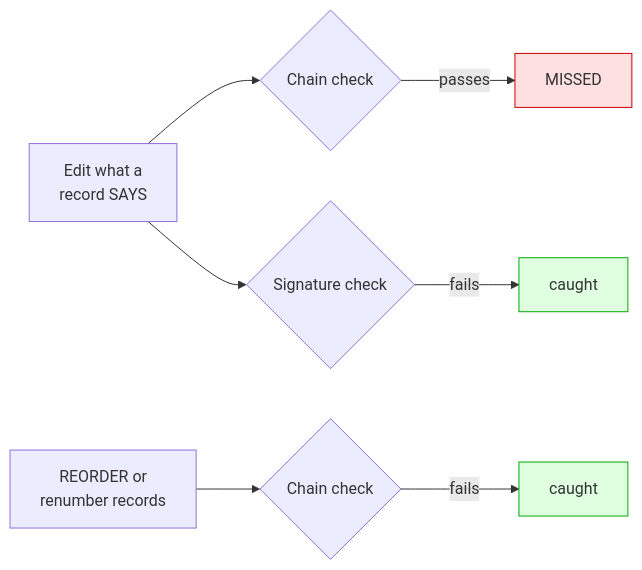
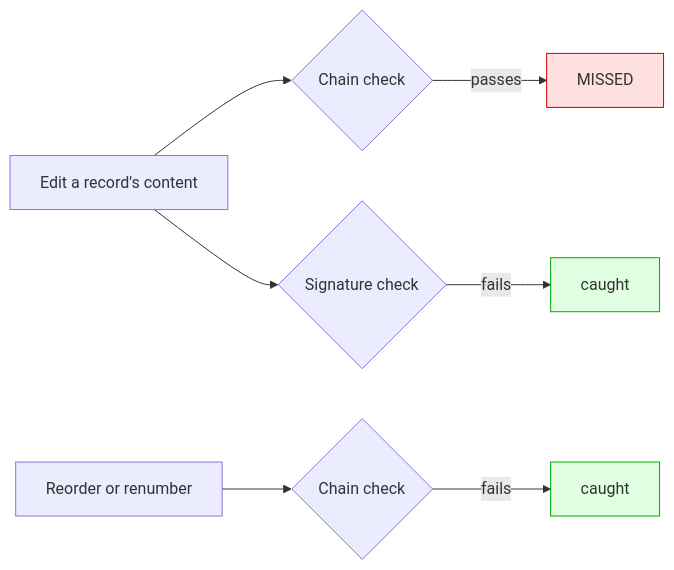
Before and after one commit to mondweep/vibe-cast: the second of 9 diagrams in README.md, drawn with Mermaid. The commit also changed other lines of this file, not shown here.

````diff
--- a/README.md
+++ b/README.md
@@ -188,12 +201,12 @@
 ```mermaid
 flowchart LR
-    T1["Edit what a<br/>record SAYS"] --> C1{"Chain check"}
+    T1["Edit a record's content"] --> C1{"Chain check"}
     T1 --> S1{"Signature check"}
     C1 -->|passes| X1["MISSED"]
     S1 -->|fails| Y1["caught"]
-    T2["REORDER or<br/>renumber records"] --> C2{"Chain check"}
+    T2["Reorder or renumber"] --> C2{"Chain check"}
     C2 -->|fails| Y2["caught"]
     style X1 fill:#ffe0e0,stroke:#c00
     style Y1 fill:#e0ffe0,stroke:#0a0
     style Y2 fill:#e0ffe0,stroke:#0a0
 ```
````
